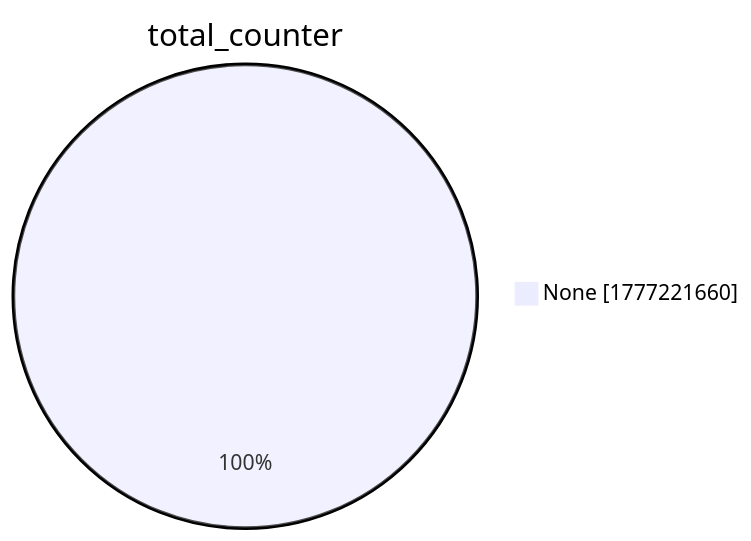
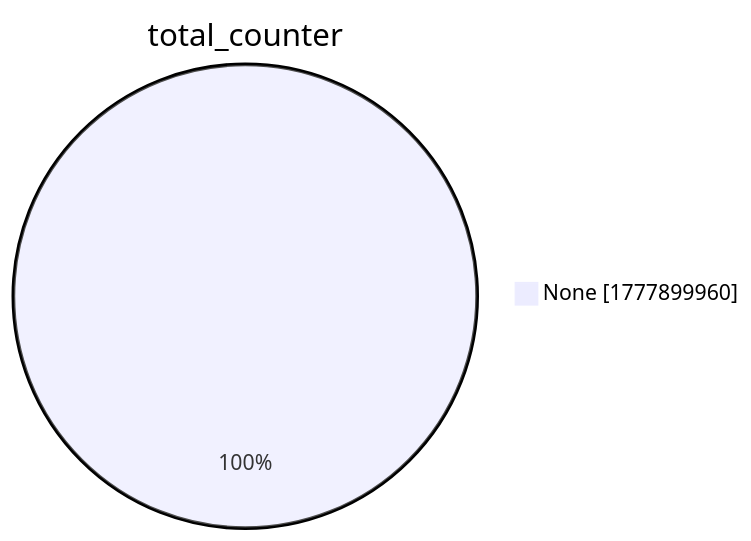
One commit to christiankrug/ctmonitor_visualization changed the second of 15 diagrams in xenon2022/README.md. Above: the diagram before and after it, drawn with Mermaid. The commit also changed other lines of this file, not shown here.

````diff
--- a/xenon2022/README.md
+++ b/xenon2022/README.md
@@ -9,5 +9,5 @@
 ```mermaid
 pie showData
 title total_counter
-"None" :1777221660
+"None" :1777899960
 ```
````
